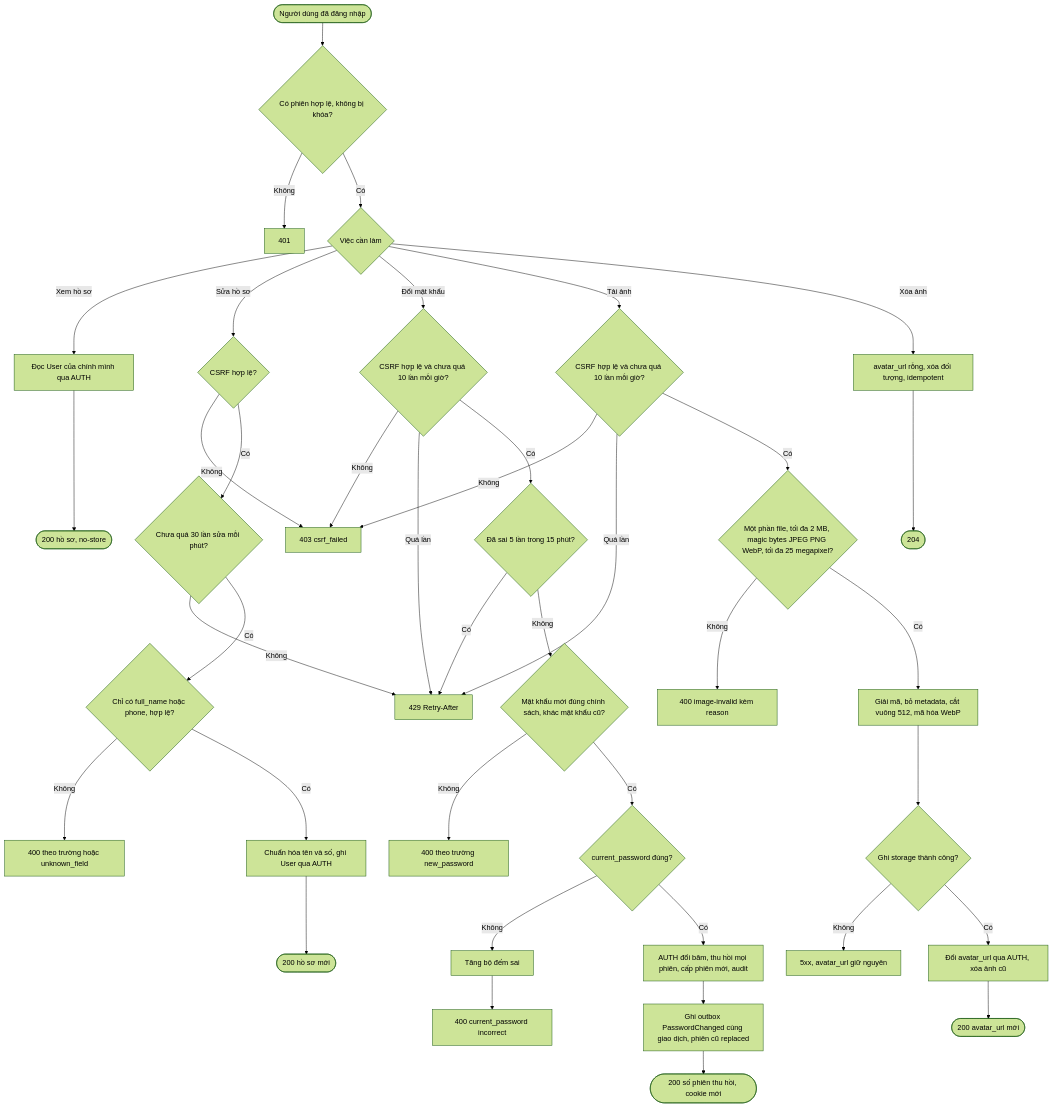
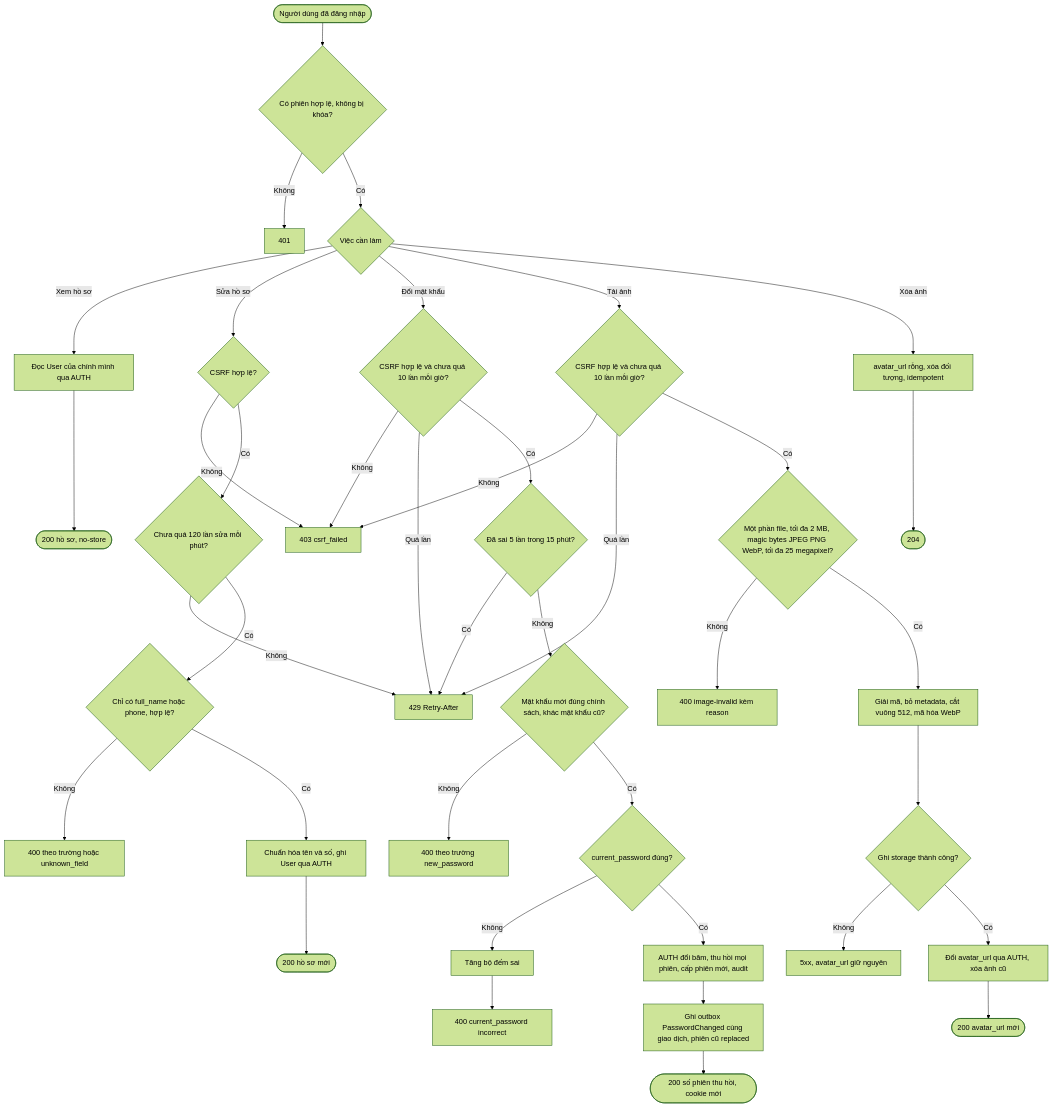
Before and after one commit to bvminh-dev/Min-SDLC: the first of 3 diagrams in spec/epics/USR/flows/USR-FLOW-20261006-101004210.md, drawn with Mermaid (forest theme). The commit also changed other lines of this file and 1457 other files, not shown here.

````diff
--- a/spec/epics/USR/flows/USR-FLOW-20261006-101004210.md
+++ b/spec/epics/USR/flows/USR-FLOW-20261006-101004210.md
@@ -12,41 +12,41 @@
 ```mermaid
 flowchart TD
     A([Người dùng đã đăng nhập]) --> B{Có phiên hợp lệ, không bị khóa?}
     B -- Không --> E401[401]
     B -- Có --> C{Việc cần làm}
     C -- Xem hồ sơ --> V1[Đọc User của chính mình qua AUTH]
     V1 --> Z1([200 hồ sơ, no-store])
     C -- Sửa hồ sơ --> S0{CSRF hợp lệ?}
     S0 -- Không --> E403[403 csrf_failed]
-    S0 -- Có --> S00{Chưa quá 30 lần sửa mỗi phút?}
+    S0 -- Có --> S00{Chưa quá 120 lần sửa mỗi phút?}
     S00 -- Không --> E429a
     S00 -- Có --> S1{Chỉ có full_name hoặc phone, hợp lệ?}
     S1 -- Không --> E400a[400 theo trường hoặc unknown_field]
     S1 -- Có --> S2[Chuẩn hóa tên và số, ghi User qua AUTH]
     S2 --> Z2([200 hồ sơ mới])
     C -- Đổi mật khẩu --> P0{CSRF hợp lệ và chưa quá 10 lần mỗi giờ?}
     P0 -- Không --> E403
     P0 -- Quá lần --> E429a[429 Retry-After]
     P0 -- Có --> P1{Đã sai 5 lần trong 15 phút?}
     P1 -- Có --> E429a
     P1 -- Không --> P2{Mật khẩu mới đúng chính sách, khác mật khẩu cũ?}
     P2 -- Không --> E400b[400 theo trường new_password]
     P2 -- Có --> P3{current_password đúng?}
     P3 -- Không --> P4[Tăng bộ đếm sai]
     P4 --> E400c[400 current_password incorrect]
     P3 -- Có --> P5[AUTH đổi băm, thu hồi mọi phiên, cấp phiên mới, audit]
     P5 --> P6[Ghi outbox PasswordChanged cùng giao dịch, phiên cũ replaced]
     P6 --> Z3([200 số phiên thu hồi, cookie mới])
     C -- Tải ảnh --> U0{CSRF hợp lệ và chưa quá 10 lần mỗi giờ?}
     U0 -- Không --> E403
     U0 -- Quá lần --> E429a
     U0 -- Có --> U1{Một phần file, tối đa 2 MB, magic bytes JPEG PNG WebP, tối đa 25 megapixel?}
     U1 -- Không --> E400d[400 image-invalid kèm reason]
     U1 -- Có --> U2[Giải mã, bỏ metadata, cắt vuông 512, mã hóa WebP]
     U2 --> U3{Ghi storage thành công?}
     U3 -- Không --> E5xx[5xx, avatar_url giữ nguyên]
     U3 -- Có --> U4[Đổi avatar_url qua AUTH, xóa ảnh cũ]
     U4 --> Z4([200 avatar_url mới])
     C -- Xóa ảnh --> D1[avatar_url rỗng, xóa đối tượng, idempotent]
     D1 --> Z5([204])
 ```
````
